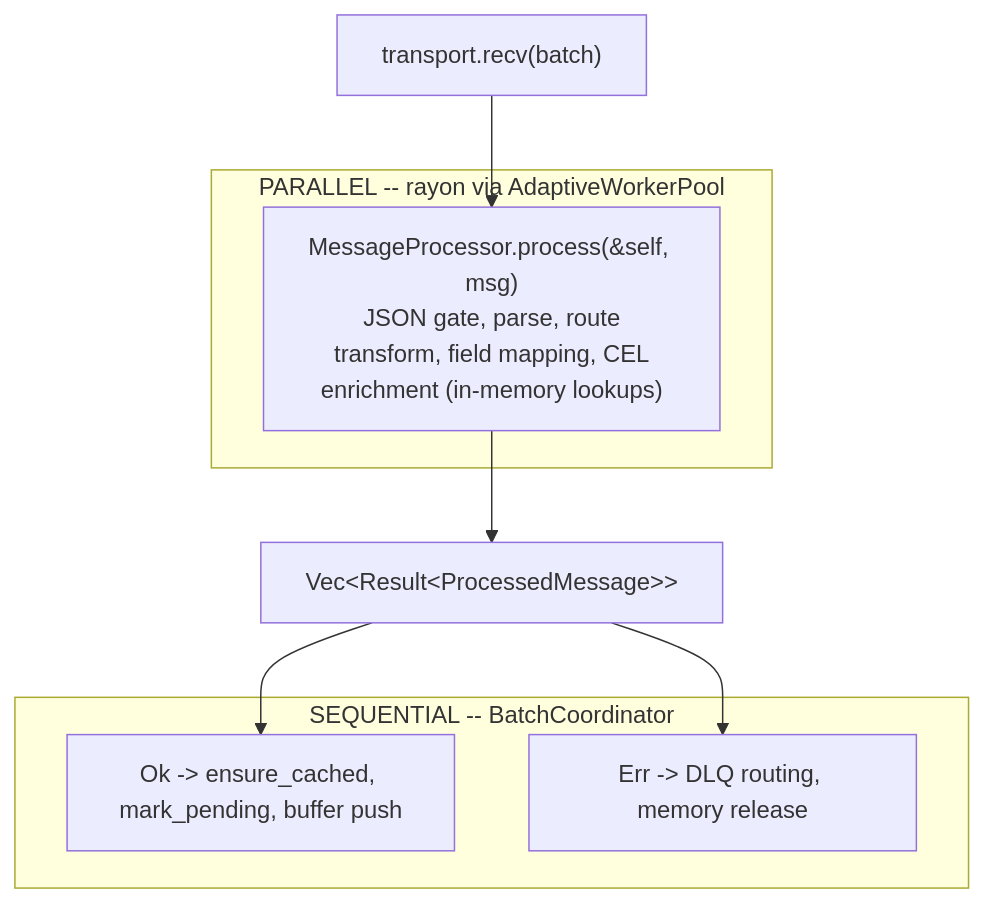
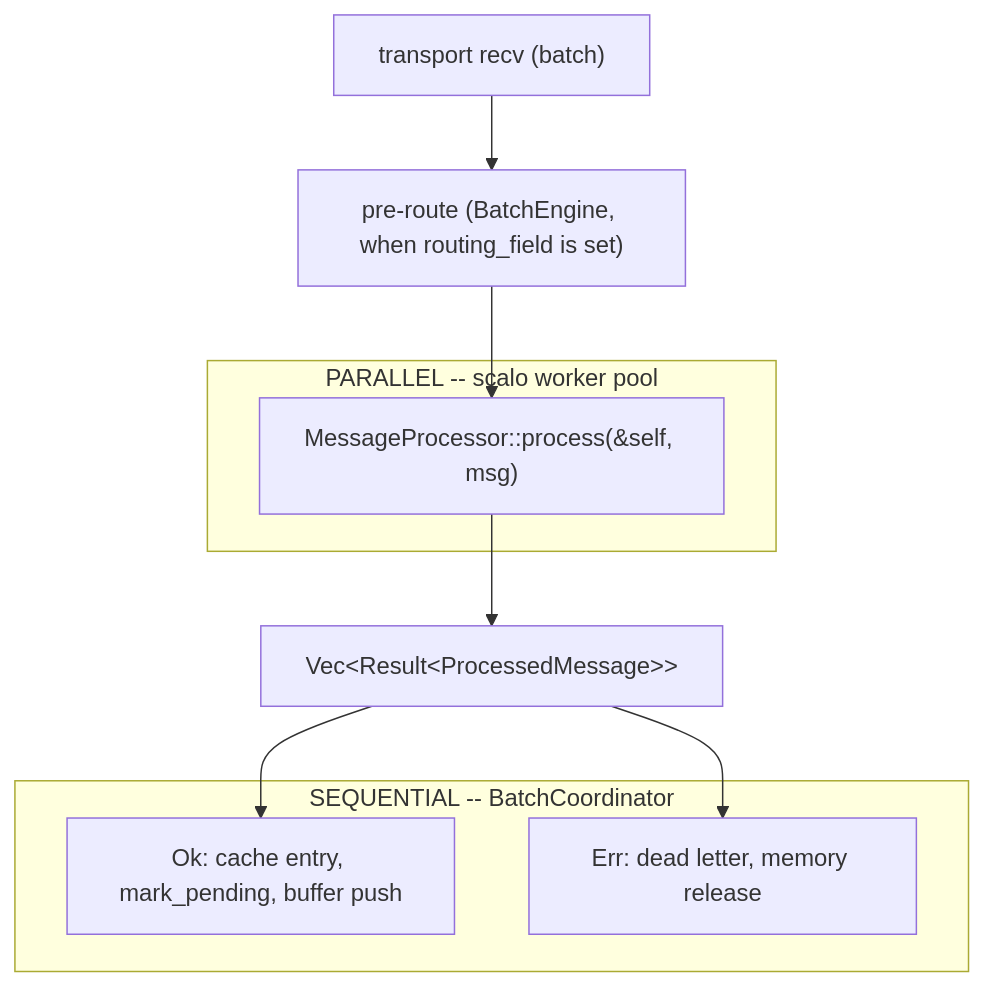
Before and after one commit to hyperi-io/dfe-loader: the diagram in docs/pipeline/parallelism.md, drawn with Mermaid. The commit also changed other lines of this file and 1 other file, not shown here.

First line of the commit message:
docs(loader): describe the gRPC transport and pipeline as built

````diff
--- a/docs/pipeline/parallelism.md
+++ b/docs/pipeline/parallelism.md
@@ -37,15 +15,16 @@
 ```mermaid
 flowchart TB
-    RECV["transport.recv(batch)"]
-    subgraph PAR["PARALLEL -- rayon via AdaptiveWorkerPool"]
-        MP["MessageProcessor.process(&self, msg)<br/>JSON gate, parse, route<br/>transform, field mapping, CEL<br/>enrichment (in-memory lookups)"]
+    RECV["transport recv (batch)"]
+    PRE["pre-route (BatchEngine, when routing_field is set)"]
+    subgraph PAR["PARALLEL -- scalo worker pool"]
+        MP["MessageProcessor::process(&self, msg)"]
     end
     RES["Vec&lt;Result&lt;ProcessedMessage&gt;&gt;"]
     subgraph SEQ["SEQUENTIAL -- BatchCoordinator"]
-        OK["Ok -> ensure_cached, mark_pending, buffer push"]
-        ERR["Err -> DLQ routing, memory release"]
+        OK["Ok: cache entry, mark_pending, buffer push"]
+        ERR["Err: dead letter, memory release"]
     end
 
-    RECV --> MP --> RES --> OK
+    RECV --> PRE --> MP --> RES --> OK
     RES --> ERR
 ```
````
